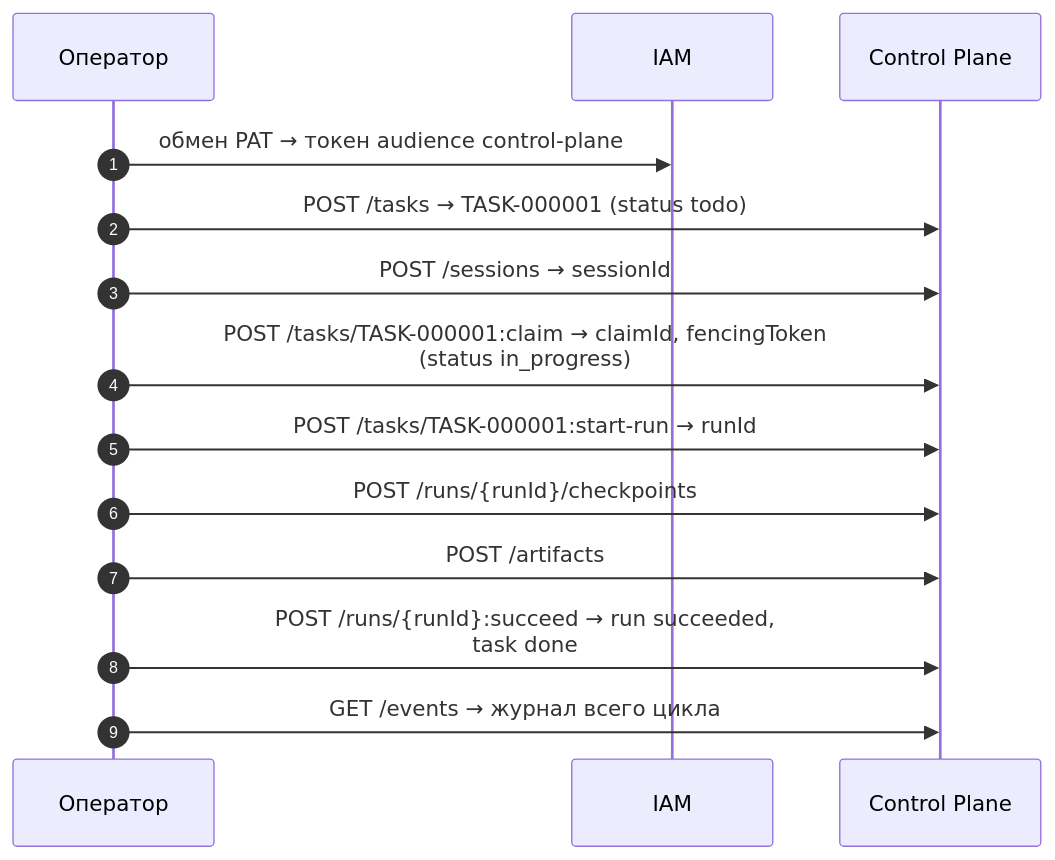
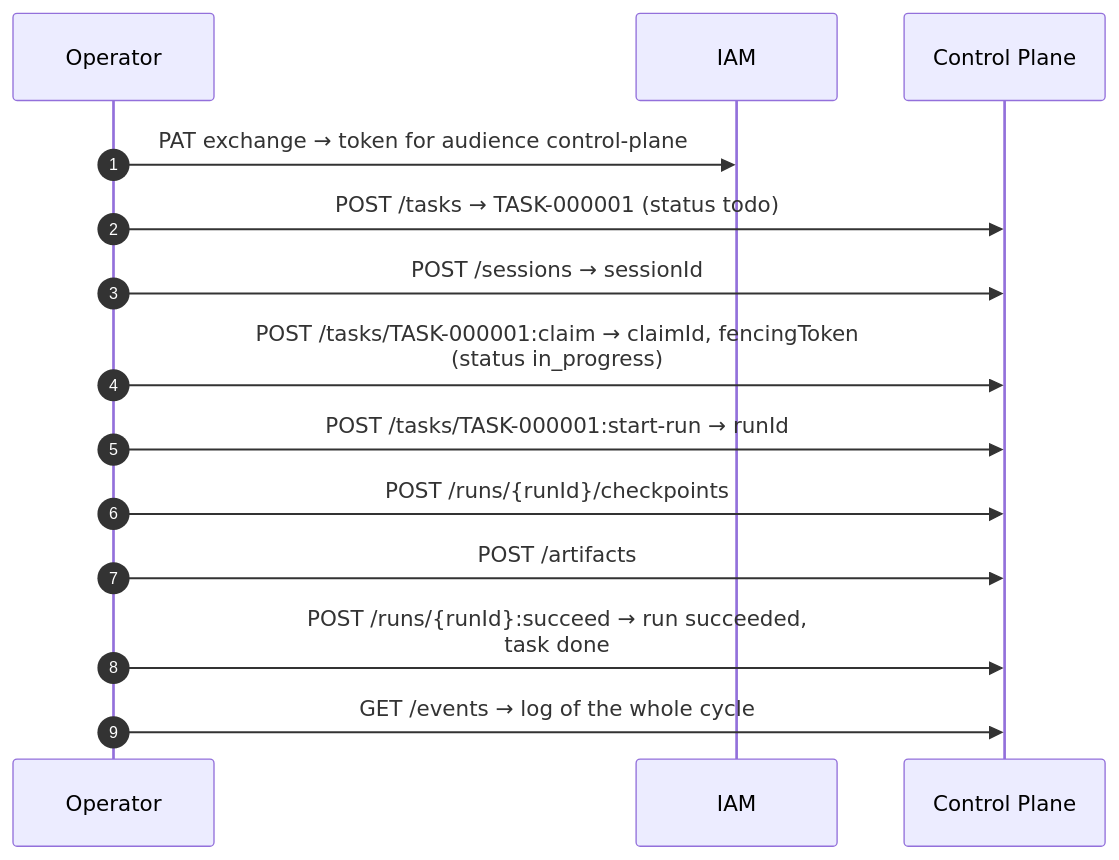
One commit to monthu56/taimen changed the diagram in guide/docs/getting-started/first-task.md. Above: the diagram before and after it, drawn with Mermaid. The commit also changed other lines of this file and 183 other files, not shown here.

````diff
--- a/guide/docs/getting-started/first-task.md
+++ b/guide/docs/getting-started/first-task.md
@@ -11,16 +12,16 @@
 ```mermaid
 sequenceDiagram
     autonumber
-    participant O as Оператор
+    participant O as Operator
     participant IAM as IAM
     participant CP as Control Plane
-    O->>IAM: обмен PAT → токен audience control-plane
+    O->>IAM: PAT exchange → token for audience control-plane
     O->>CP: POST /tasks → TASK-000001 (status todo)
     O->>CP: POST /sessions → sessionId
     O->>CP: POST /tasks/TASK-000001:claim → claimId, fencingToken<br/>(status in_progress)
     O->>CP: POST /tasks/TASK-000001:start-run → runId
     O->>CP: POST /runs/{runId}/checkpoints
     O->>CP: POST /artifacts
     O->>CP: POST /runs/{runId}:succeed → run succeeded,<br/>task done
-    O->>CP: GET /events → журнал всего цикла
+    O->>CP: GET /events → log of the whole cycle
 ```
````
